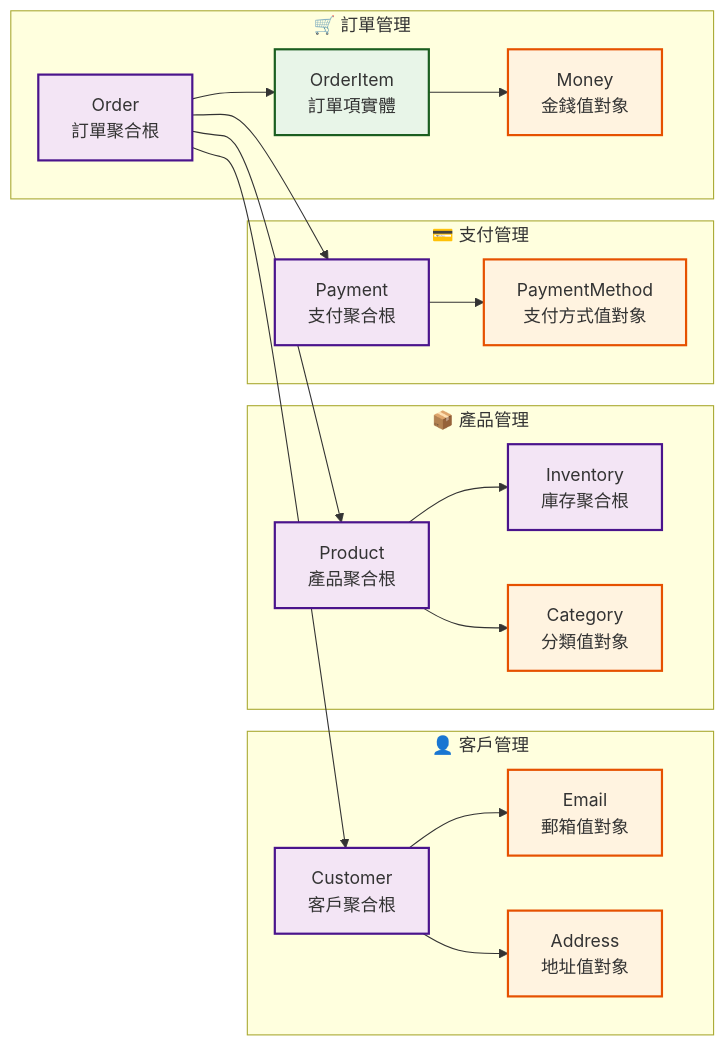
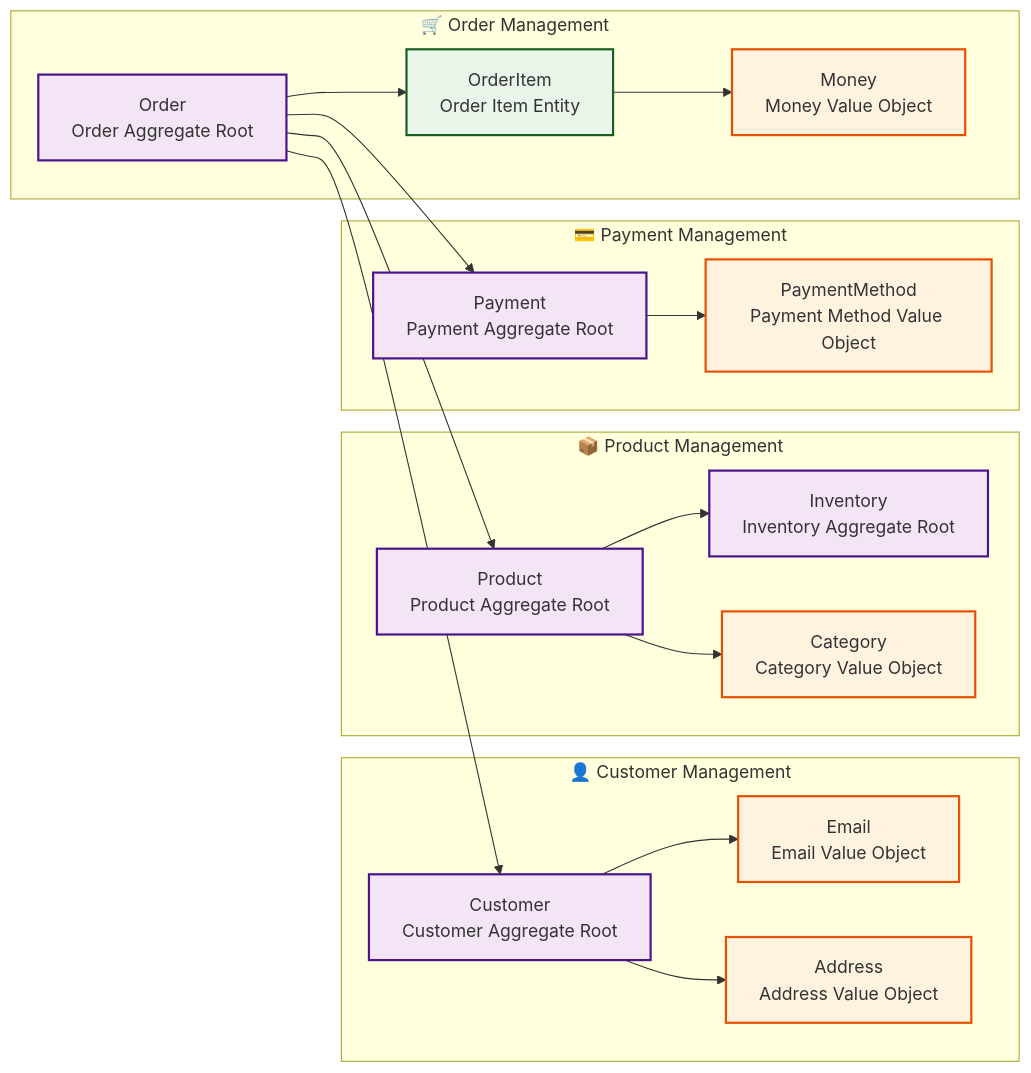
One commit to humank/genai-demo changed the second of 3 diagrams in docs/en/reports/project-summary-2025.md. Above: the diagram before and after it, drawn with Mermaid. The commit also changed other lines of this file and 144 other files, not shown here.

````diff
--- a/docs/en/reports/project-summary-2025.md
+++ b/docs/en/reports/project-summary-2025.md
@@ -137,44 +135,44 @@
 ```mermaid
 graph LR
-    subgraph "🛒 訂單管理"
-        Order[Order<br/>訂單聚合根]
-        OrderItem[OrderItem<br/>訂單項實體]
-        Money[Money<br/>金錢值對象]
+    subgraph "🛒 Order Management"
+        Order[Order<br/>Order Aggregate Root]
+        OrderItem[OrderItem<br/>Order Item Entity]
+        Money[Money<br/>Money Value Object]
     end
     
-    subgraph "👤 客戶管理"
-        Customer[Customer<br/>客戶聚合根]
-        Email[Email<br/>郵箱值對象]
-        Address[Address<br/>地址值對象]
+    subgraph "👤 Customer Management"
+        Customer[Customer<br/>Customer Aggregate Root]
+        Email[Email<br/>Email Value Object]
+        Address[Address<br/>Address Value Object]
     end
     
-    subgraph "📦 產品管理"
-        Product[Product<br/>產品聚合根]
-        Inventory[Inventory<br/>庫存聚合根]
-        Category[Category<br/>分類值對象]
+    subgraph "📦 Product Management"
+        Product[Product<br/>Product Aggregate Root]
+        Inventory[Inventory<br/>Inventory Aggregate Root]
+        Category[Category<br/>Category Value Object]
     end
     
-    subgraph "💳 支付管理"
-        Payment[Payment<br/>支付聚合根]
-        PaymentMethod[PaymentMethod<br/>支付方式值對象]
+    subgraph "💳 Payment Management"
+        Payment[Payment<br/>Payment Aggregate Root]
+        PaymentMethod[PaymentMethod<br/>Payment Method Value Object]
     end
     
     Order --> Customer
     Order --> Product
     Order --> Payment
     Order --> OrderItem
     OrderItem --> Money
     Customer --> Email
     Customer --> Address
     Product --> Category
     Product --> Inventory
     Payment --> PaymentMethod
     
     classDef aggregate fill:#f3e5f5,stroke:#4a148c,stroke-width:2px
     classDef entity fill:#e8f5e8,stroke:#1b5e20,stroke-width:2px
     classDef valueObject fill:#fff3e0,stroke:#e65100,stroke-width:2px
     
     class Order,Customer,Product,Inventory,Payment aggregate
     class OrderItem entity
     class Money,Email,Address,Category,PaymentMethod valueObject
 ```
````
